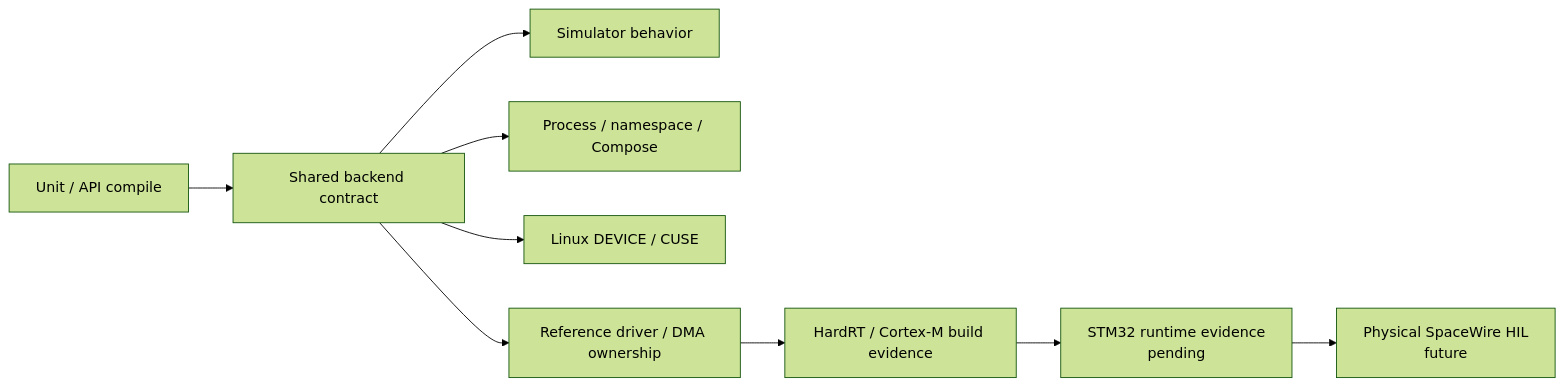
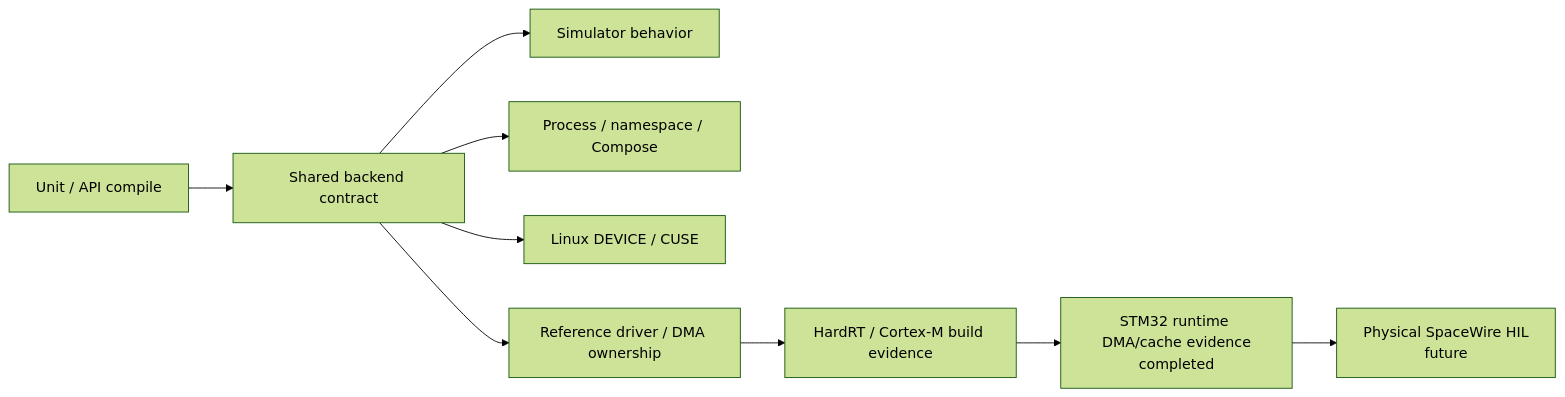
Before and after one commit to ExoSpaceLabs/spwkit: the first of 2 diagrams in docs/testing.md, drawn with Mermaid (forest theme). The commit also changed other lines of this file, not shown here.

Commit message:
docs(spwkit): synchronize testing evidence

````diff
--- a/docs/testing.md
+++ b/docs/testing.md
@@ -7,11 +7,11 @@
 ```mermaid
 flowchart LR
     UNIT[Unit / API compile] --> CONTRACT[Shared backend contract]
     CONTRACT --> SIM[Simulator behavior]
     CONTRACT --> DIST[Process / namespace / Compose]
     CONTRACT --> DEV[Linux DEVICE / CUSE]
     CONTRACT --> DRIVER[Reference driver / DMA ownership]
     DRIVER --> RTOS[HardRT / Cortex-M build evidence]
-    RTOS --> MCU[STM32 runtime evidence<br/>pending]
+    RTOS --> MCU[STM32 runtime DMA/cache evidence<br/>completed]
     MCU --> HIL[Physical SpaceWire HIL<br/>future]
 ```
````
